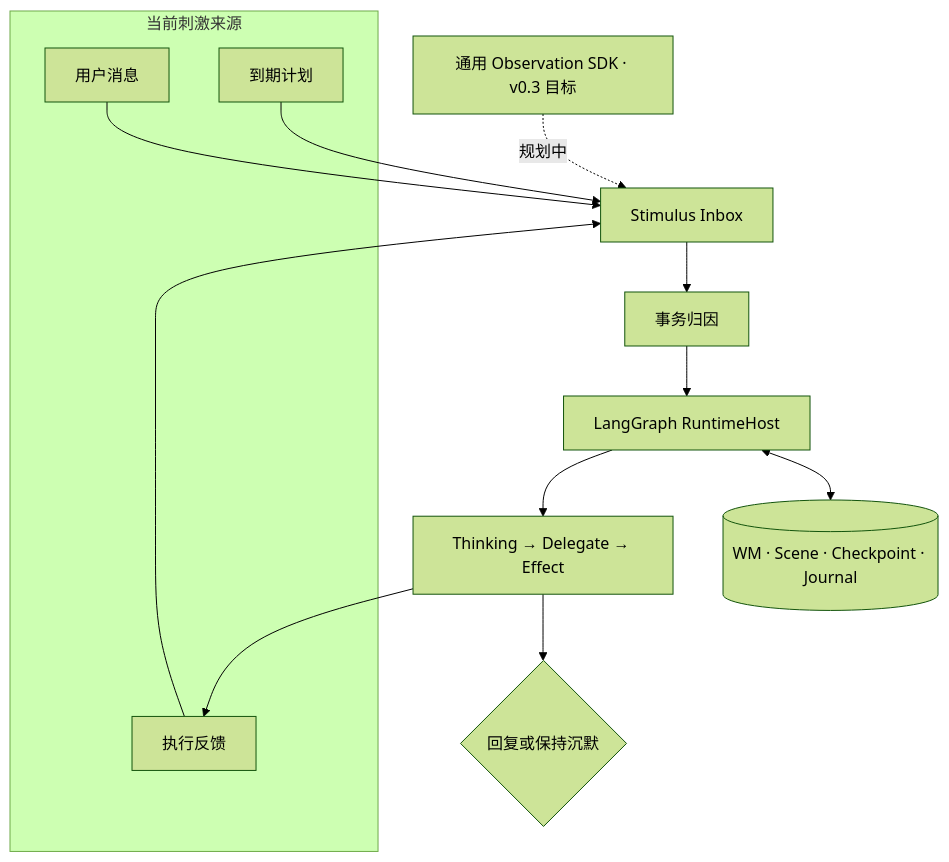
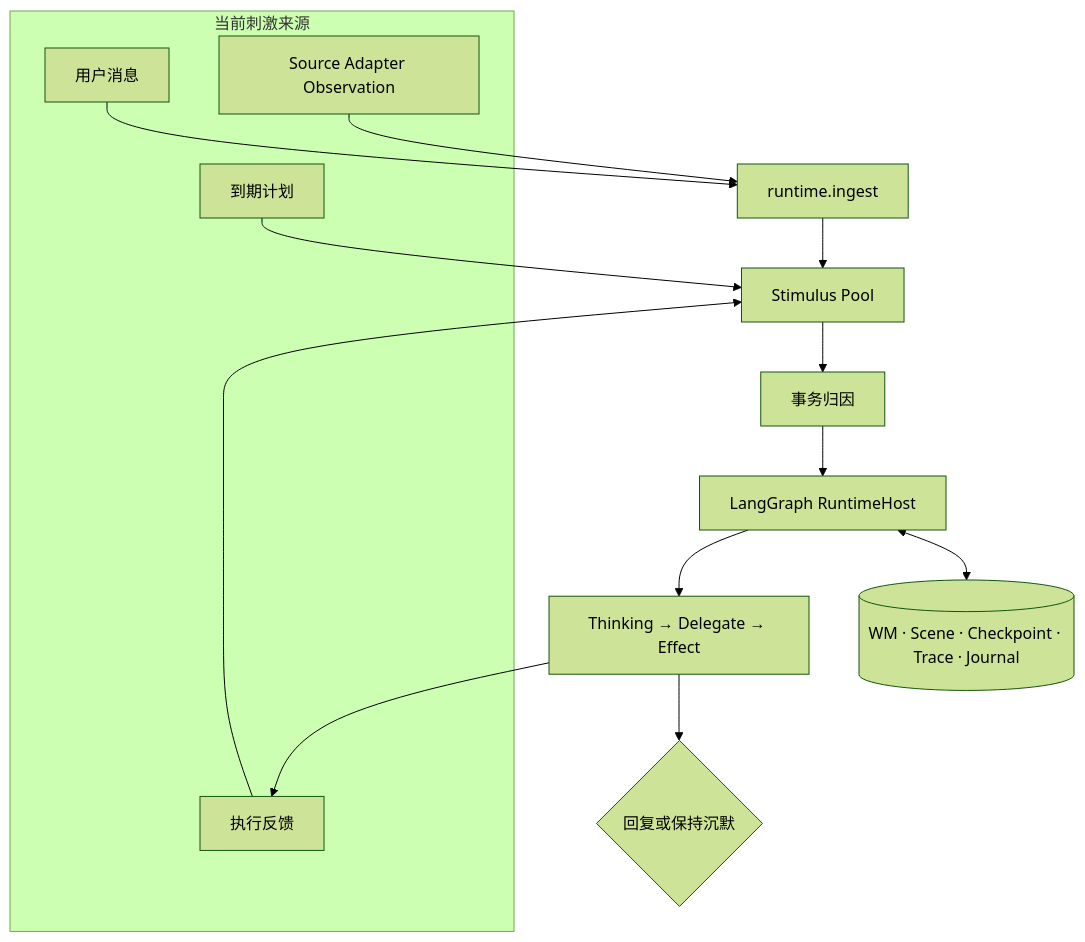
The diagram in README-zh.md (changshengEVA/M-Agent), drawn with Mermaid (forest theme) before and after one commit. The commit also changed other lines of this file and 48 other files, not shown here.

````diff
--- a/README-zh.md
+++ b/README-zh.md
@@ -122,24 +122,25 @@
 ```mermaid
 flowchart TB
     subgraph inputs["当前刺激来源"]
         user["用户消息"]
         schedule["到期计划"]
         feedback["执行反馈"]
+        observation["Source Adapter Observation"]
     end
 
-    inbox["Stimulus Inbox"]
+    ingest["runtime.ingest"]
+    inbox["Stimulus Pool"]
     attribution["事务归因"]
     runtime["LangGraph RuntimeHost"]
     cognition["Thinking → Delegate → Effect"]
     outcome{"回复或保持沉默"}
-    persistence[("WM · Scene · Checkpoint · Journal")]
-    observation["通用 Observation SDK · v0.3 目标"]
+    persistence[("WM · Scene · Checkpoint · Trace · Journal")]
 
-    user --> inbox
+    user --> ingest
     schedule --> inbox
     feedback --> inbox
-    observation -. 规划中 .-> inbox
+    observation --> ingest --> inbox
     inbox --> attribution --> runtime --> cognition --> outcome
     cognition --> feedback
     runtime <--> persistence
 ```
````
